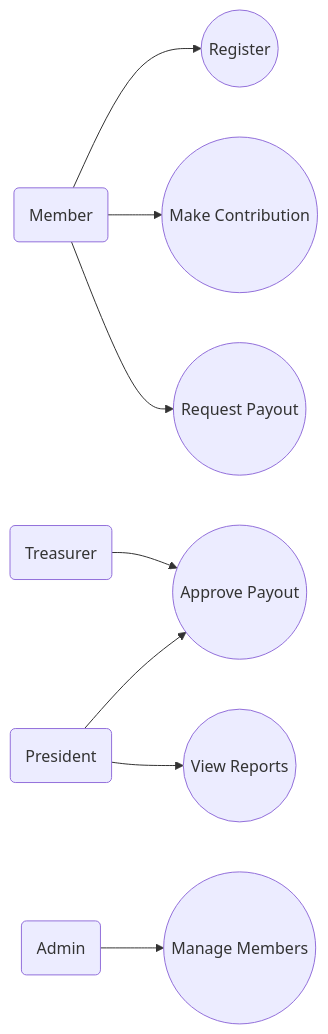
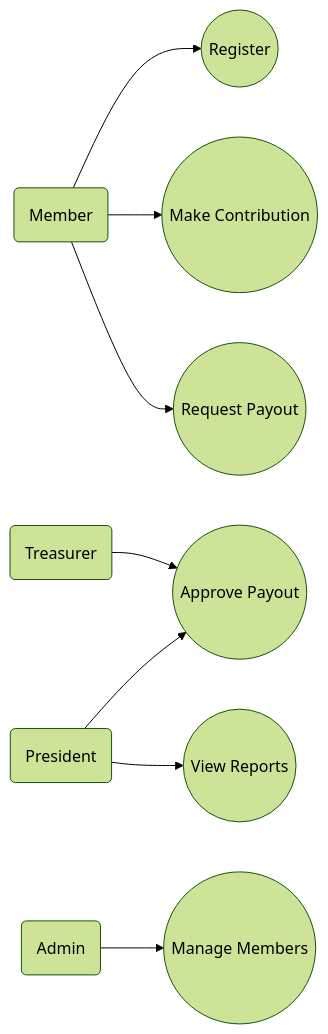
The second of 6 diagrams in docs/uml/diagrams.md (ghislainche-ngc/Digital-Njangi-Platform), drawn with Mermaid before and after one commit. The commit also changed other lines of this file and 14 other files, not shown here.

````diff
--- a/docs/uml/diagrams.md
+++ b/docs/uml/diagrams.md
@@ -48,22 +50,23 @@
 ```mermaid
+%%{init: {'theme':'forest', 'themeVariables': {'primaryColor':'#eef7f2','edgeLabelBackground':'#ffffff','tertiaryColor':'#c6e5d0'}}}%%
 graph LR
     actor_M(Member)
     actor_P(President)
     actor_T(Treasurer)
     actor_A(Admin)
 
     Register((Register))
     Contribute((Make Contribution))
     RequestPayout((Request Payout))
     ApprovePayout((Approve Payout))
     ViewReports((View Reports))
     ManageMembers((Manage Members))
 
     actor_M --> Register
     actor_M --> Contribute
     actor_M --> RequestPayout
     actor_P --> ApprovePayout
     actor_T --> ApprovePayout
     actor_A --> ManageMembers
     actor_P --> ViewReports
 ```
````
